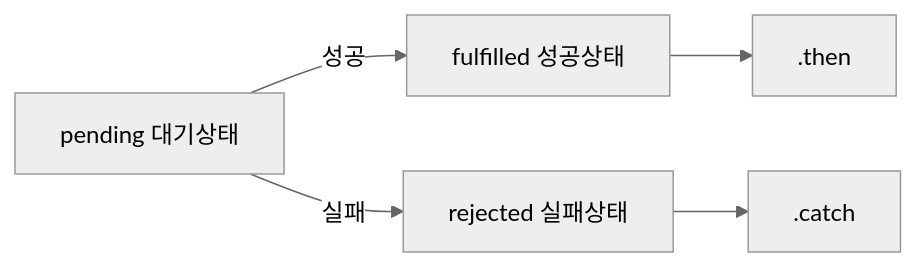
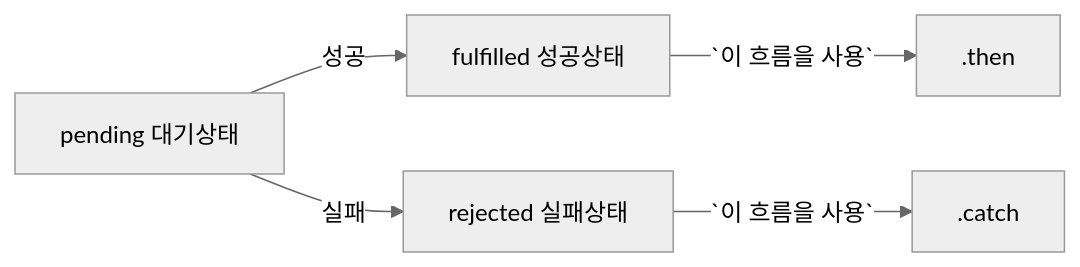
Before and after one commit to colinder/colinder.github.io: the second of 2 diagrams in asynctosyncinjavascript/index.md, drawn with Mermaid (neutral theme). The commit also changed other lines of this file and 34 other files, not shown here.

```diff
--- a/asynctosyncinjavascript/index.md
+++ b/asynctosyncinjavascript/index.md
@@ -142,5 +146,5 @@
   {{< mermaid >}}
   graph LR;
-      A[pending 대기상태] -->|성공| B[fulfilled 성공상태] --> D[.then]
-      A[pending 대기상태] -->|실패| C[rejected 실패상태] --> E[.catch]
+      A[pending 대기상태] -->|성공| B[fulfilled 성공상태] --> |`이 흐름을 사용`| D[.then]
+      A[pending 대기상태] -->|실패| C[rejected 실패상태] --> |`이 흐름을 사용`| E[.catch]
   {{< /mermaid >}}
```
